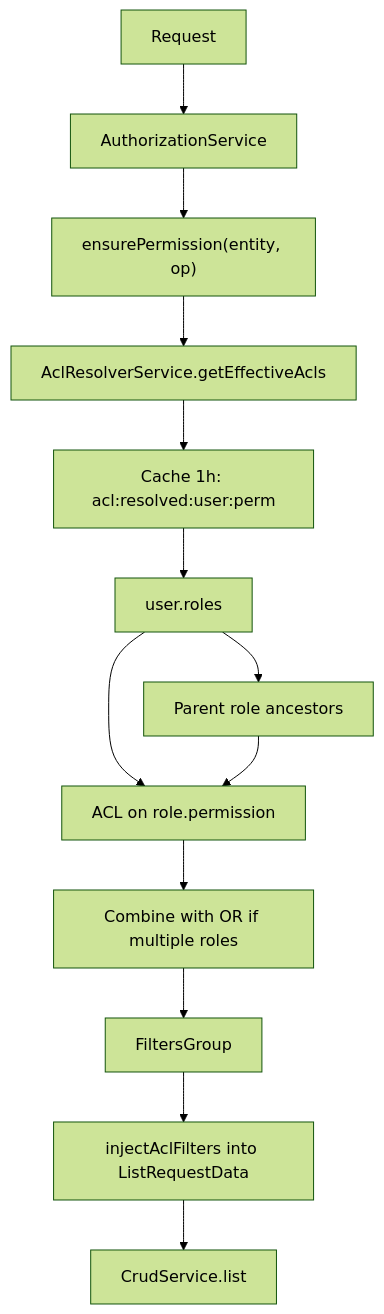
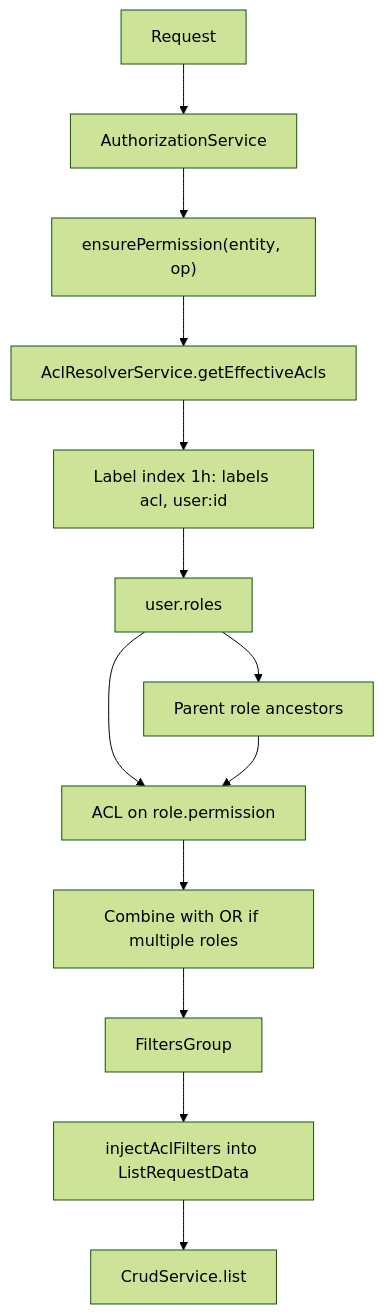
One commit to getlaraplate/laracore changed the third of 14 diagrams in docs/rag/MODULE.md. Above: the diagram before and after it, drawn with Mermaid (forest theme). The commit also changed other lines of this file and 2 other files, not shown here.

Commit message:
docs(cache): membership labels and the response cache

````diff
--- a/docs/rag/MODULE.md
+++ b/docs/rag/MODULE.md
@@ -168,27 +168,27 @@
 ```mermaid
 flowchart TB
   Req[Request]
   Auth[AuthorizationService]
   ChkPerm["ensurePermission(entity, op)"]
   Resolve["AclResolverService.getEffectiveAcls"]
-  Cache["Cache 1h: acl:resolved:user:perm"]
+  Cache["Label index 1h: labels acl, user:id"]
   Roles[user.roles]
   Inherit[Parent role ancestors]
   Direct["ACL on role.permission"]
   Combine[Combine with OR if multiple roles]
   Filters[FiltersGroup]
   Inject[injectAclFilters into ListRequestData]
   Crud[CrudService.list]
 
   Req --> Auth --> ChkPerm
   ChkPerm --> Resolve
   Resolve --> Cache
   Cache --> Roles
   Roles --> Direct
   Roles --> Inherit
   Inherit --> Direct
   Direct --> Combine
   Combine --> Filters
   Filters --> Inject
   Inject --> Crud
 ```
````
